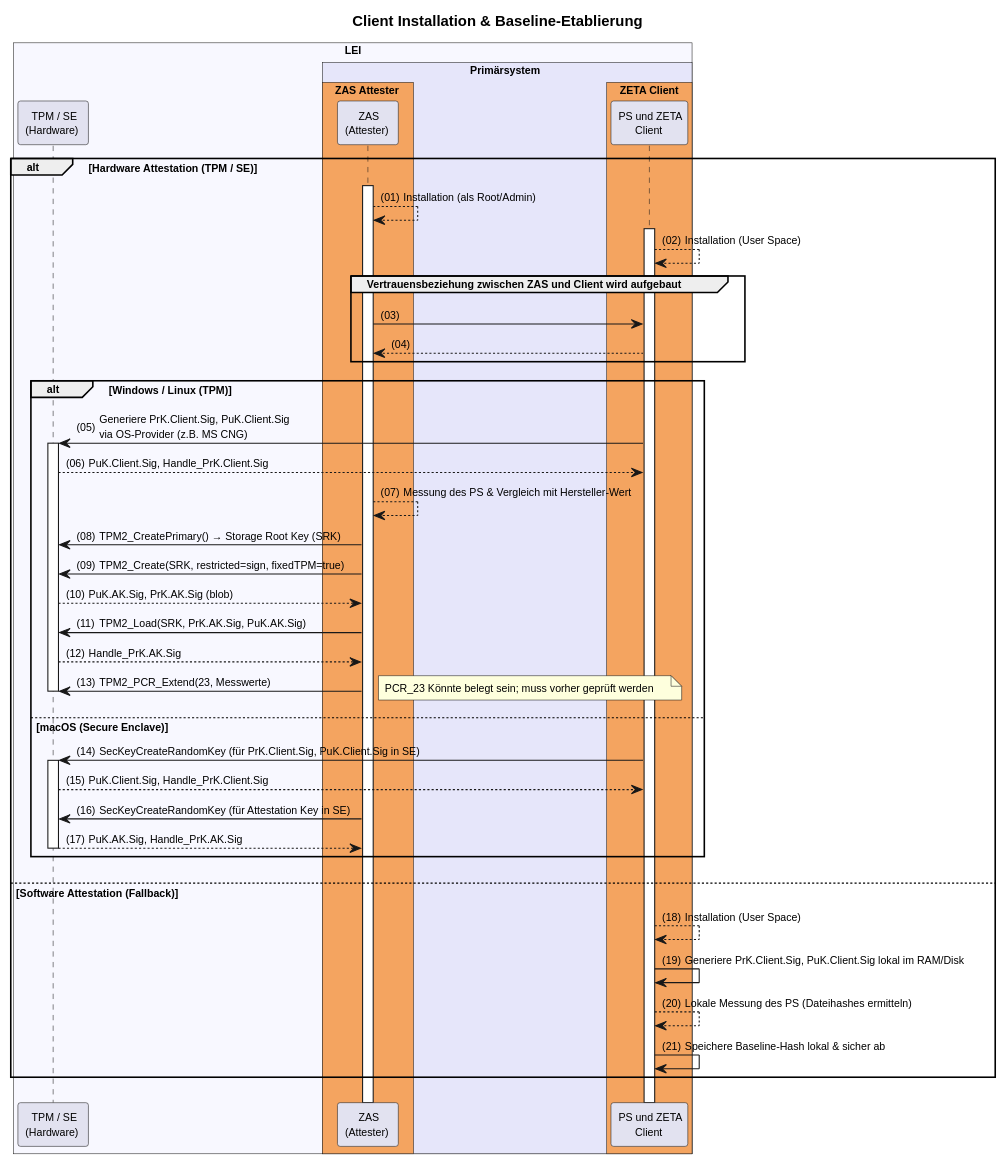
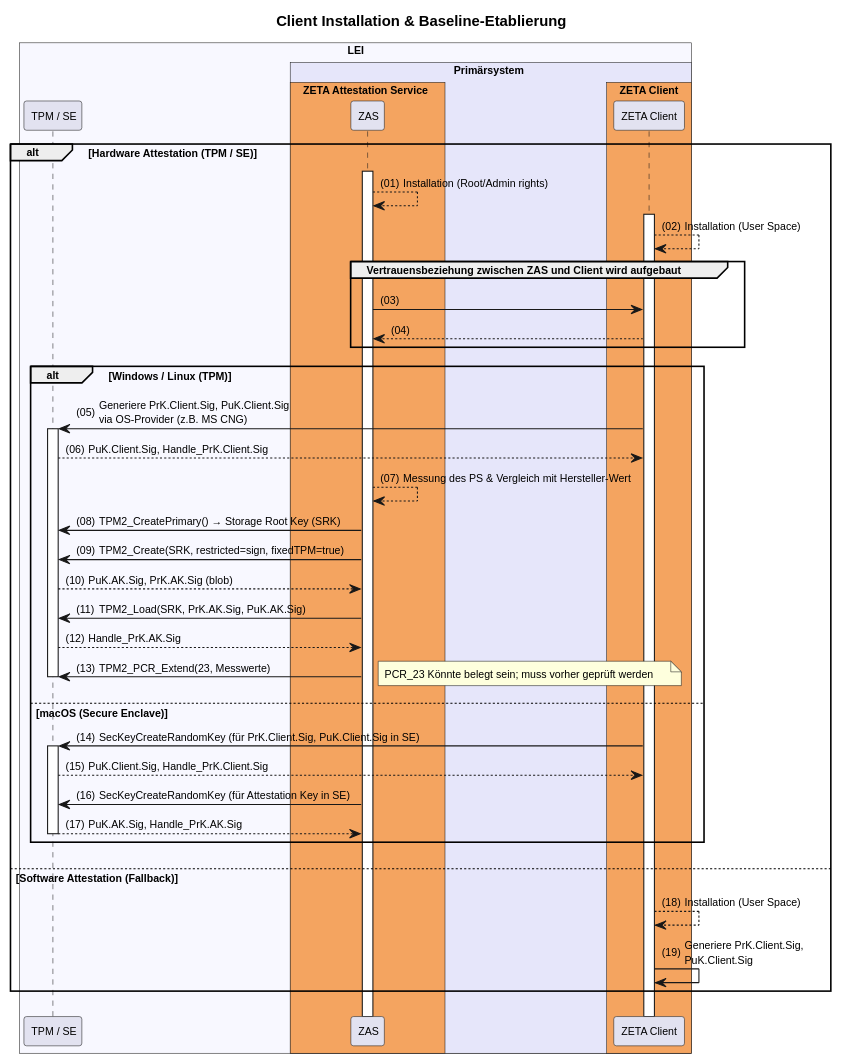
The diagram in src/plantuml/tmp/attestation-flows/client-installation.puml (gematik/zeta), drawn with PlantUML before and after one commit. The commit also changed 7 other files, not shown here.

Commit message:
refactor: update and standardize PlantUML flow diagrams and split token exchange flows

```diff
--- a/src/plantuml/tmp/attestation-flows/client-installation.puml
+++ b/src/plantuml/tmp/attestation-flows/client-installation.puml
@@ -1,64 +1,64 @@
 @startuml "client-installation"
 autonumber "(00)"
 skinparam defaultFontSize 10
 skinparam defaultFontName Helvetica
 skinparam DefaultMonospacedFontName Courier
 skinparam lengthAdjust none
 skinparam sequenceReferenceBackgroundColor White
 skinparam SequenceReferenceFontSize 12
 skinparam sequenceMessageAlign left
 
 title Client Installation & Baseline-Etablierung
 
 !pragma teoz true
 
 box "LEI" #GhostWhite
-  participant "TPM / SE\n(Hardware)" as TPM
+  participant "TPM / SE" as TPM
   box "Primärsystem" #Lavender
-        box "ZAS Attester" #SandyBrown
-        participant "ZAS\n(Attester)" as ZAS
+    box "ZETA Attestation Service" #SandyBrown
+      participant ZAS as "ZAS"
     end box
     box "ZETA Client" #SandyBrown
-        participant "PS und ZETA\nClient" as Client
+        participant Client as "ZETA Client"
     end box    
   end box
 end box
 
 alt Hardware Attestation (TPM / SE)
 
     ZAS++    
-    ZAS --> ZAS: Installation (als Root/Admin)
+    ZAS --> ZAS: Installation (Root/Admin rights)
     Client++
     Client --> Client: Installation (User Space)
     group Vertrauensbeziehung zwischen ZAS und Client wird aufgebaut
         ZAS -> Client
         Client --> ZAS
     end
 
     alt Windows / Linux (TPM)
         Client -> TPM++: Generiere PrK.Client.Sig, PuK.Client.Sig\nvia OS-Provider (z.B. MS CNG)
         TPM --> Client: PuK.Client.Sig, Handle_PrK.Client.Sig
         ZAS --> ZAS: Messung des PS & Vergleich mit Hersteller-Wert
         ZAS -> TPM: TPM2_CreatePrimary() → Storage Root Key (SRK)
         ZAS -> TPM: TPM2_Create(SRK, restricted=sign, fixedTPM=true)
         TPM --> ZAS: PuK.AK.Sig, PrK.AK.Sig (blob)
         ZAS -> TPM: TPM2_Load(SRK, PrK.AK.Sig, PuK.AK.Sig)
         TPM --> ZAS: Handle_PrK.AK.Sig
         ZAS -> TPM: TPM2_PCR_Extend(23, Messwerte)
         note right: PCR_23 Könnte belegt sein; muss vorher geprüft werden 
         TPM--
     else macOS (Secure Enclave)
         Client -> TPM++: SecKeyCreateRandomKey (für PrK.Client.Sig, PuK.Client.Sig in SE)
         TPM --> Client: PuK.Client.Sig, Handle_PrK.Client.Sig
         ZAS -> TPM: SecKeyCreateRandomKey (für Attestation Key in SE)
         TPM --> ZAS--: PuK.AK.Sig, Handle_PrK.AK.Sig
     end
 
 else Software Attestation (Fallback)
     Client --> Client: Installation (User Space)
-    Client -> Client: Generiere PrK.Client.Sig, PuK.Client.Sig lokal im RAM/Disk
-    Client --> Client: Lokale Messung des PS (Dateihashes ermitteln)
-    Client -> Client: Speichere Baseline-Hash lokal & sicher ab
+    Client -> Client: Generiere PrK.Client.Sig,\nPuK.Client.Sig
+    ' Client --> Client: Lokale Messung des PS (Dateihashes ermitteln)
+    ' Client -> Client: Speichere Baseline-Hash lokal & sicher ab
 end
 
 @enduml
```
